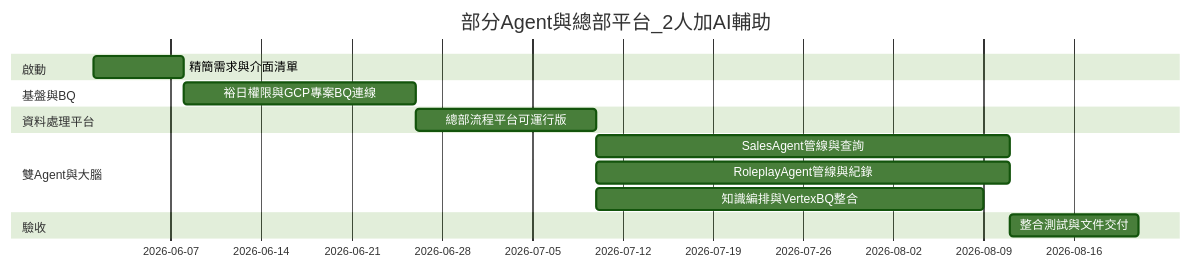
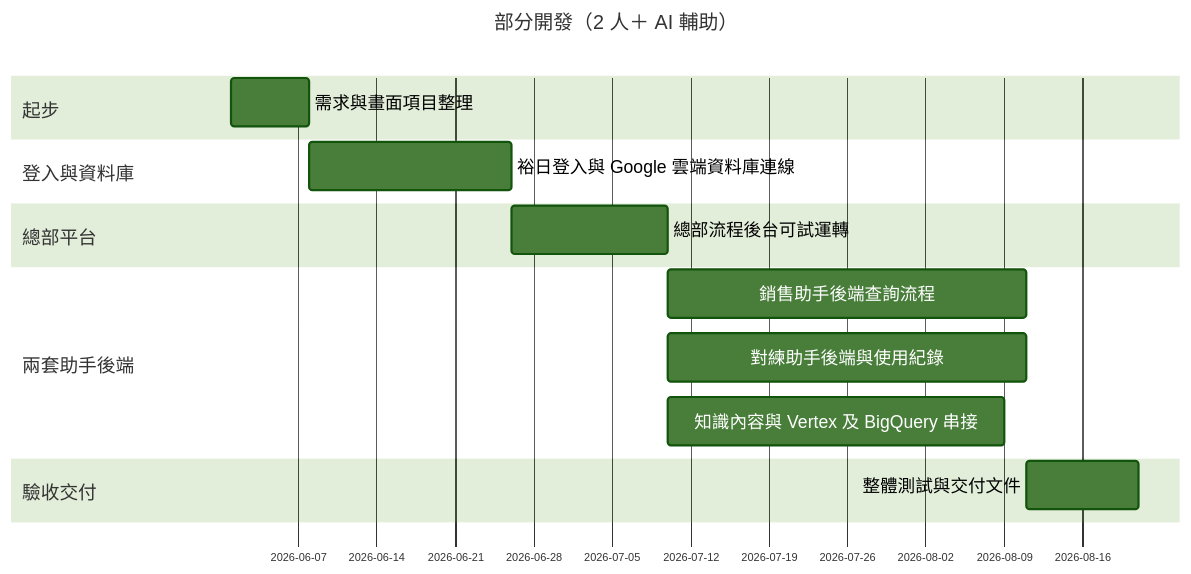
Before and after one commit to humtersiso/YNM_Sales_AI_Coach: the second of 2 diagrams in PROJECT_SCOPE_SALES_TRAINING.md, drawn with Mermaid (forest theme). The commit also changed other lines of this file, not shown here.

````diff
--- a/PROJECT_SCOPE_SALES_TRAINING.md
+++ b/PROJECT_SCOPE_SALES_TRAINING.md
@@ -150,17 +152,18 @@
 ```mermaid
+%%{init: { "gantt": { "barHeight": 44, "barGap": 14, "fontSize": 16, "sectionFontSize": 17, "topPadding": 70, "leftPadding": 200, "gridLineStartPadding": 50 } } }%%
 gantt
-title 部分Agent與總部平台_2人加AI輔助
+title 部分開發（2 人＋ AI 輔助）
 dateFormat YYYY-MM-DD
-section 啟動
-精簡需求與介面清單 :v0, 2026-06-01, 7d
-section 基盤與BQ
-裕日權限與GCP專案BQ連線 :v1, after v0, 18d
-section 資料處理平台
-總部流程平台可運行版 :v2, after v1, 14d
-section 雙Agent與大腦
-SalesAgent管線與查詢 :v3a, after v2, 32d
-RoleplayAgent管線與紀錄 :v3b, after v2, 32d
-知識編排與VertexBQ整合 :v3c, after v2, 30d
-section 驗收
-整合測試與文件交付 :v4, after v3a, 10d
+section 起步
+需求與畫面項目整理 :v0, 2026-06-01, 7d
+section 登入與資料庫
+裕日登入與 Google 雲端資料庫連線 :v1, after v0, 18d
+section 總部平台
+總部流程後台可試運轉 :v2, after v1, 14d
+section 兩套助手後端
+銷售助手後端查詢流程 :v3a, after v2, 32d
+對練助手後端與使用紀錄 :v3b, after v2, 32d
+知識內容與 Vertex 及 BigQuery 串接 :v3c, after v2, 30d
+section 驗收交付
+整體測試與交付文件 :v4, after v3a, 10d
 ```
````
